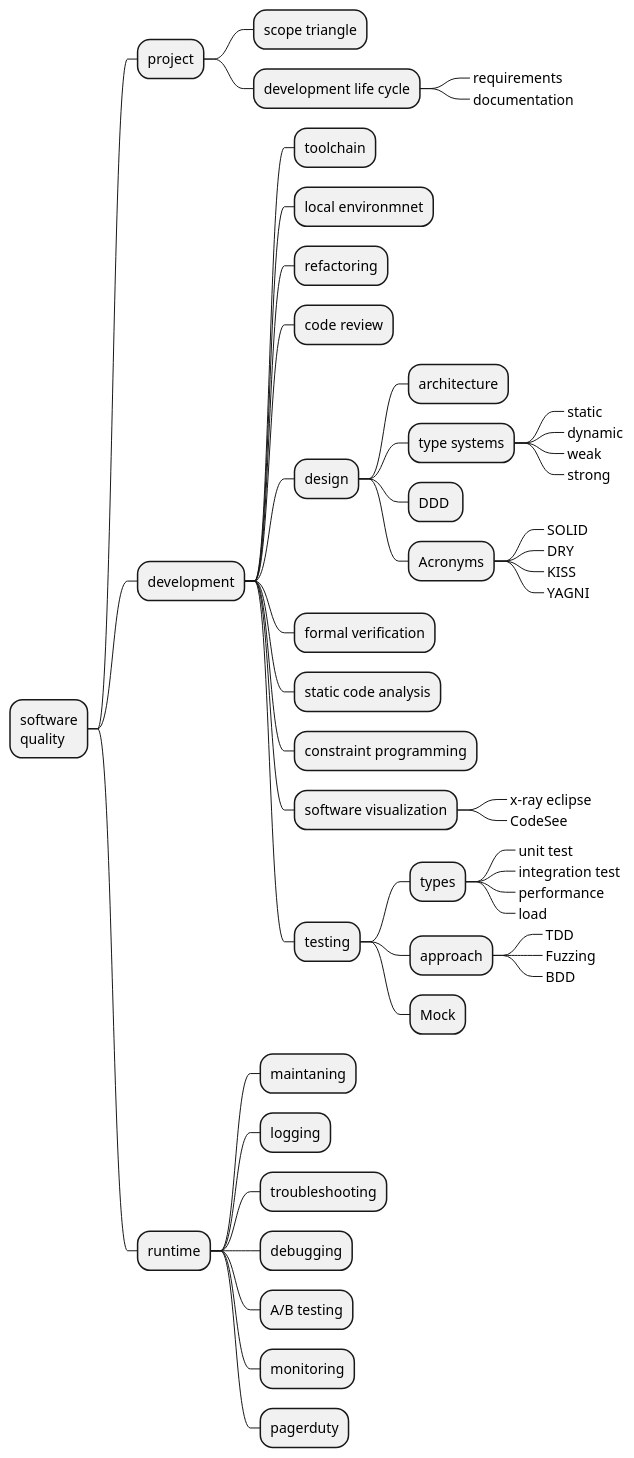
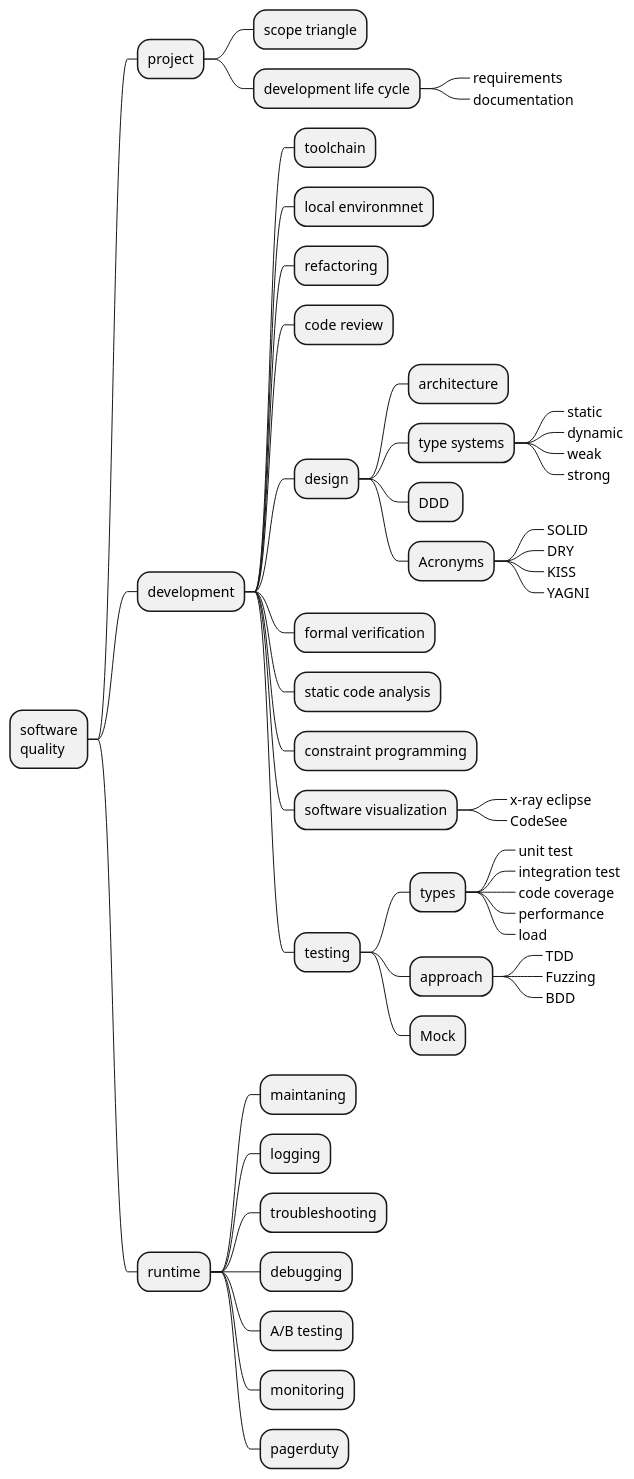
The diagram in software-quality-roadmap.iuml (levplotkin/code-quality-roadmap), drawn with PlantUML before and after one commit.

```diff
--- a/software-quality-roadmap.iuml
+++ b/software-quality-roadmap.iuml
@@ -1,51 +1,52 @@
 @startmindmap
 * software\nquality
  * project
   * scope triangle
   * development life cycle
    *_ requirements
    *_ documentation
  * development
   * toolchain
   * local environmnet
   * refactoring
   * code review
   * design
    * architecture
    * type systems
     *_ static
     *_ dynamic
     *_ weak
     *_ strong
    * DDD 
    * Acronyms
     *_ SOLID
     *_ DRY
     *_ KISS
     *_ YAGNI
   * formal verification
   * static code analysis
   * constraint programming
   * software visualization
    *_ x-ray eclipse
    *_ CodeSee
   * testing
    * types
     *_ unit test
     *_ integration test
+    *_ code coverage
     *_ performance
     *_ load
    * approach
     *_ TDD
     *_ Fuzzing
     *_ BDD
    * Mock
  * runtime
   * maintaning
   * logging
   * troubleshooting
   * debugging
   * A/B testing
   * monitoring
   * pagerduty
 @endmindmap
```
